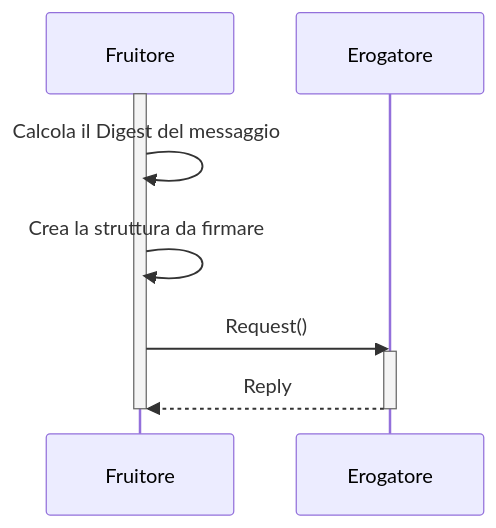
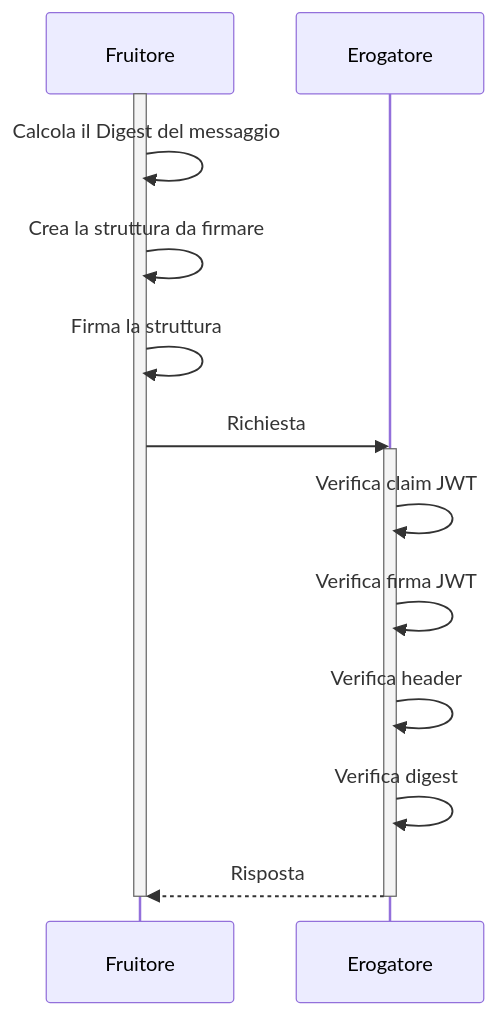
The second of 2 diagrams in doc/doc_04/integrita.rst (italia/lg-modellointeroperabilita-docs), drawn with Mermaid before and after one commit. The commit also changed other lines of this file, not shown here.

Commit message:
Aggiunti esempi. Usato header Agid-JWT-Signature.

```diff
--- a/doc/doc_04/integrita.rst
+++ b/doc/doc_04/integrita.rst
@@ -282,15 +309,20 @@
 .. mermaid::
    :caption: Integrità del messaggio
    :alt: Integrità del messaggio
 
    sequenceDiagram
       participant F as Fruitore
       participant E as Erogatore
       activate F
       F->>F: Calcola il Digest del messaggio
       F->>F: Crea la struttura da firmare
-      F->>E: Request()
+      F->>F: Firma la struttura
+      F->>E: Richiesta
       activate E
-      E-->>F: Reply
+      E->>E: Verifica claim JWT
+      E->>E: Verifica firma JWT
+      E->>E: Verifica header
+      E->>E: Verifica digest
+      E-->>F: Risposta
       deactivate E
       deactivate F
```
